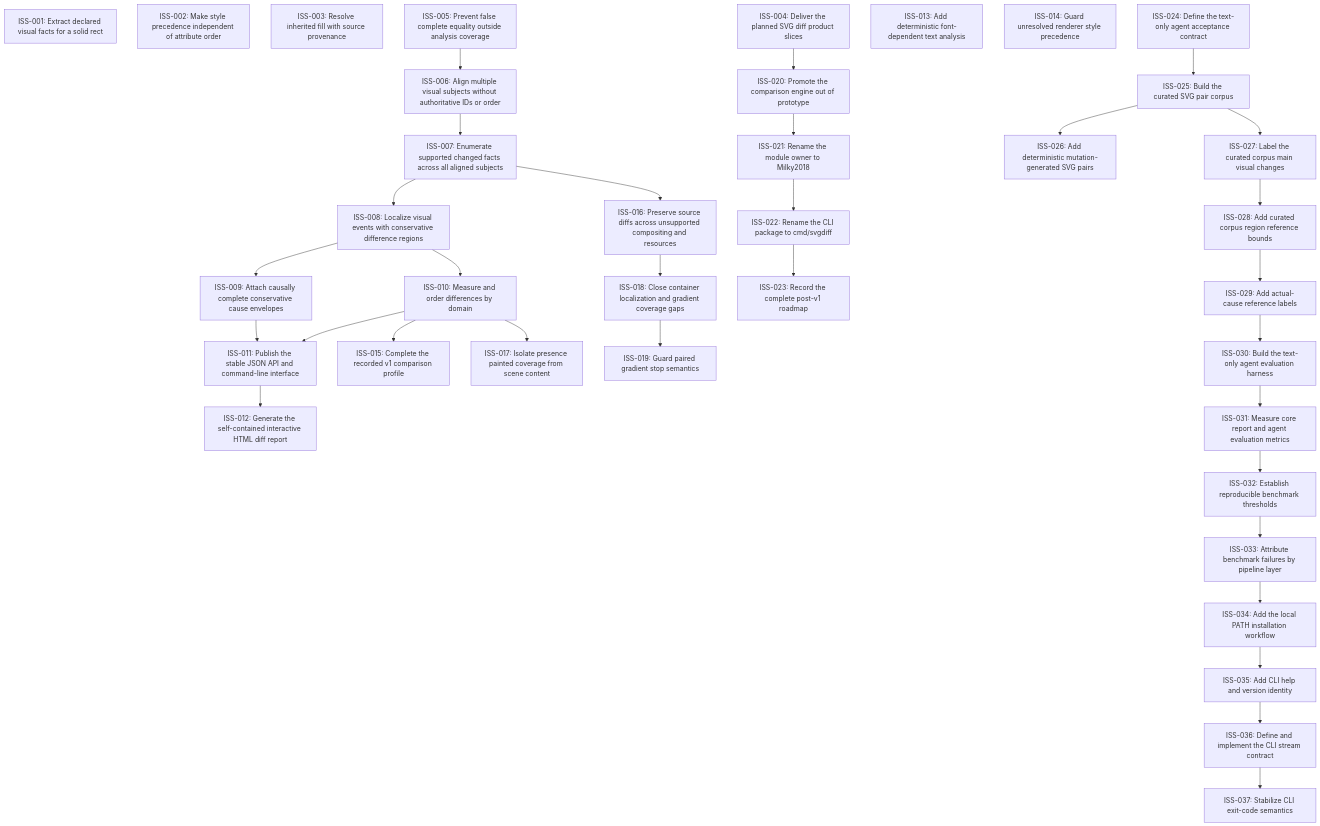
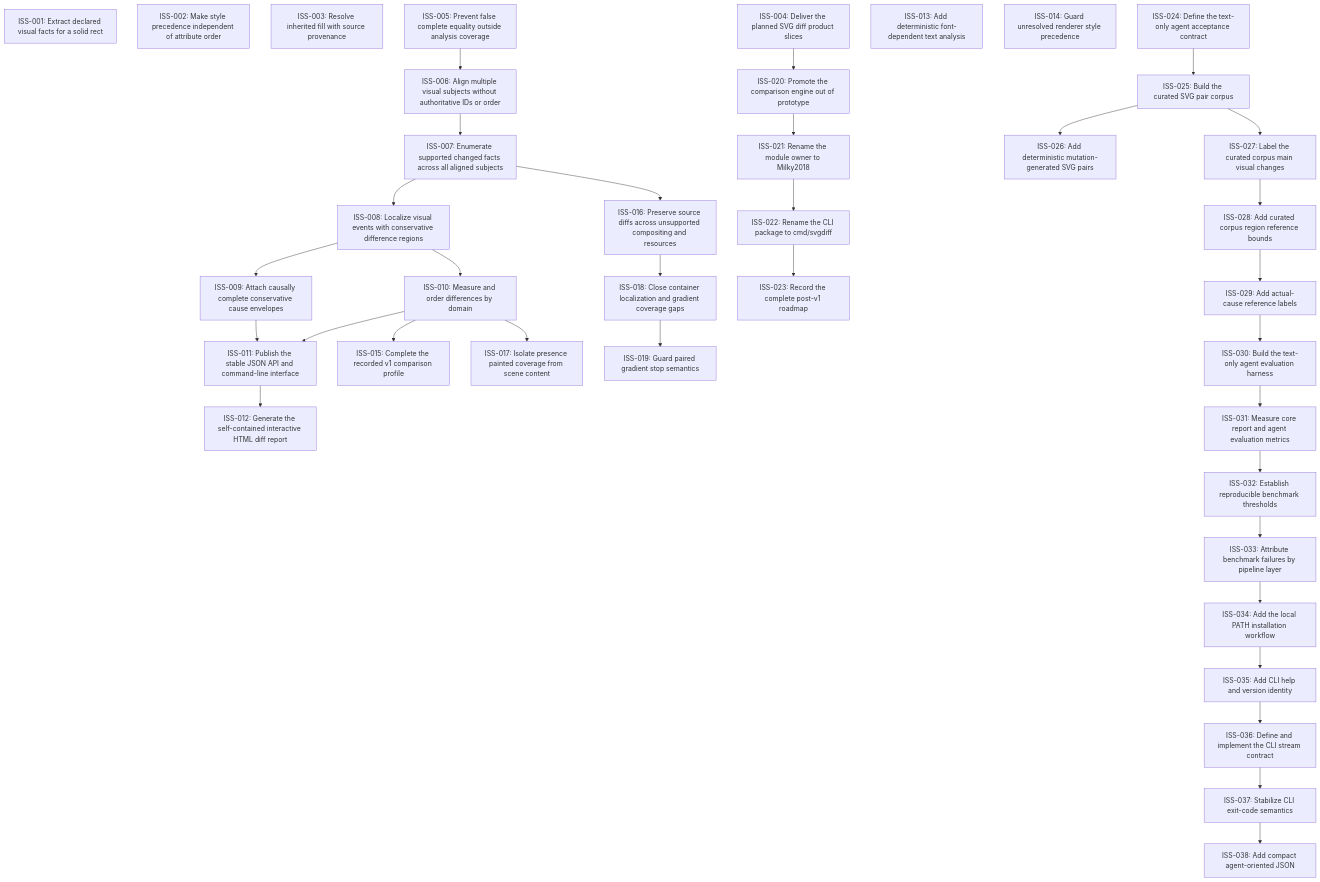
One commit to moonbit-community/svgdiff changed the diagram in issues/README.md. Above: the diagram before and after it, drawn with Mermaid. The commit also changed 16 other files, not shown here.

Commit message:
Add compact agent JSON mode

````diff
--- a/issues/README.md
+++ b/issues/README.md
@@ -18,70 +18,72 @@
 ```mermaid
 graph TD
   ISS_001["ISS-001: Extract declared visual facts for a solid rect"]
   ISS_002["ISS-002: Make style precedence independent of attribute order"]
   ISS_003["ISS-003: Resolve inherited fill with source provenance"]
   ISS_004["ISS-004: Deliver the planned SVG diff product slices"]
   ISS_005["ISS-005: Prevent false complete equality outside analysis coverage"]
   ISS_006["ISS-006: Align multiple visual subjects without authoritative IDs or order"]
   ISS_007["ISS-007: Enumerate supported changed facts across all aligned subjects"]
   ISS_008["ISS-008: Localize visual events with conservative difference regions"]
   ISS_009["ISS-009: Attach causally complete conservative cause envelopes"]
   ISS_010["ISS-010: Measure and order differences by domain"]
   ISS_011["ISS-011: Publish the stable JSON API and command-line interface"]
   ISS_012["ISS-012: Generate the self-contained interactive HTML diff report"]
   ISS_013["ISS-013: Add deterministic font-dependent text analysis"]
   ISS_014["ISS-014: Guard unresolved renderer style precedence"]
   ISS_015["ISS-015: Complete the recorded v1 comparison profile"]
   ISS_016["ISS-016: Preserve source diffs across unsupported compositing and resources"]
   ISS_017["ISS-017: Isolate presence painted coverage from scene content"]
   ISS_018["ISS-018: Close container localization and gradient coverage gaps"]
   ISS_019["ISS-019: Guard paired gradient stop semantics"]
   ISS_020["ISS-020: Promote the comparison engine out of prototype"]
   ISS_021["ISS-021: Rename the module owner to Milky2018"]
   ISS_022["ISS-022: Rename the CLI package to cmd/svgdiff"]
   ISS_023["ISS-023: Record the complete post-v1 roadmap"]
   ISS_024["ISS-024: Define the text-only agent acceptance contract"]
   ISS_025["ISS-025: Build the curated SVG pair corpus"]
   ISS_026["ISS-026: Add deterministic mutation-generated SVG pairs"]
   ISS_027["ISS-027: Label the curated corpus main visual changes"]
   ISS_028["ISS-028: Add curated corpus region reference bounds"]
   ISS_029["ISS-029: Add actual-cause reference labels"]
   ISS_030["ISS-030: Build the text-only agent evaluation harness"]
   ISS_031["ISS-031: Measure core report and agent evaluation metrics"]
   ISS_032["ISS-032: Establish reproducible benchmark thresholds"]
   ISS_033["ISS-033: Attribute benchmark failures by pipeline layer"]
   ISS_034["ISS-034: Add the local PATH installation workflow"]
   ISS_035["ISS-035: Add CLI help and version identity"]
   ISS_036["ISS-036: Define and implement the CLI stream contract"]
   ISS_037["ISS-037: Stabilize CLI exit-code semantics"]
+  ISS_038["ISS-038: Add compact agent-oriented JSON"]
   ISS_005 --> ISS_006
   ISS_006 --> ISS_007
   ISS_007 --> ISS_008
   ISS_008 --> ISS_009
   ISS_008 --> ISS_010
   ISS_009 --> ISS_011
   ISS_010 --> ISS_011
   ISS_011 --> ISS_012
   ISS_010 --> ISS_015
   ISS_007 --> ISS_016
   ISS_010 --> ISS_017
   ISS_016 --> ISS_018
   ISS_018 --> ISS_019
   ISS_004 --> ISS_020
   ISS_020 --> ISS_021
   ISS_021 --> ISS_022
   ISS_022 --> ISS_023
   ISS_024 --> ISS_025
   ISS_025 --> ISS_026
   ISS_025 --> ISS_027
   ISS_027 --> ISS_028
   ISS_028 --> ISS_029
   ISS_029 --> ISS_030
   ISS_030 --> ISS_031
   ISS_031 --> ISS_032
   ISS_032 --> ISS_033
   ISS_033 --> ISS_034
   ISS_034 --> ISS_035
   ISS_035 --> ISS_036
   ISS_036 --> ISS_037
+  ISS_037 --> ISS_038
 ```
````
